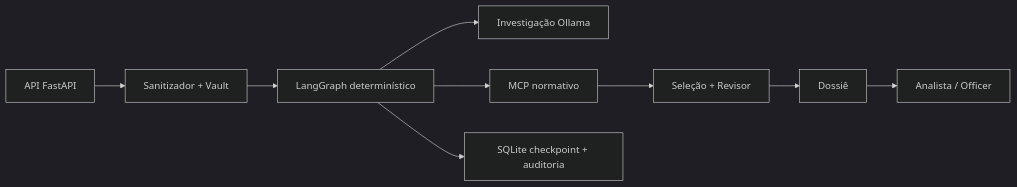
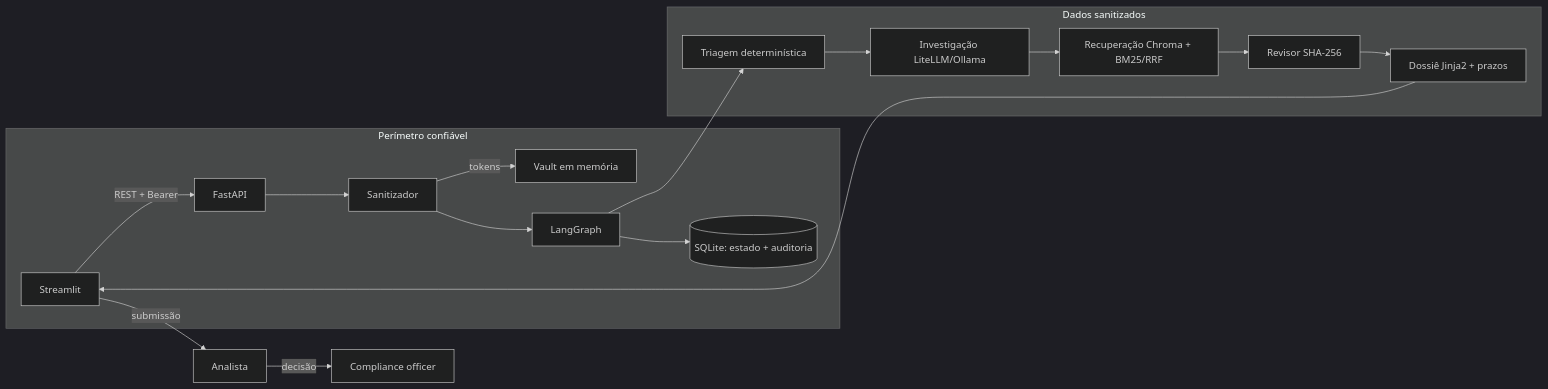
Before and after one commit to marcosjcn94-bit/agentic-AML: the diagram in docs/ARCHITECTURE.md, drawn with Mermaid (dark theme). The commit also changed other lines of this file and 7 other files, not shown here.

````diff
--- a/docs/ARCHITECTURE.md
+++ b/docs/ARCHITECTURE.md
@@ -3,11 +3,20 @@
 ```mermaid
 flowchart LR
-  A[API FastAPI] --> B[Sanitizador + Vault]
-  B --> C[LangGraph determinístico]
-  C --> D[Investigação Ollama]
-  C --> E[MCP normativo]
-  E --> F[Seleção + Revisor]
-  F --> G[Dossiê]
-  G --> H[Analista / Officer]
-  C --> I[SQLite checkpoint + auditoria]
+  subgraph Perímetro[Perímetro confiável]
+    UI[Streamlit] -->|REST + Bearer| API[FastAPI]
+    API --> S[Sanitizador]
+    S -->|tokens| V[Vault em memória]
+    S --> G[LangGraph]
+    G --> DB[(SQLite: estado + auditoria)]
+  end
+  subgraph Dados[Dados sanitizados]
+    G --> T[Triagem determinística]
+    T --> I[Investigação LiteLLM/Ollama]
+    I --> R[Recuperação Chroma + BM25/RRF]
+    R --> H[Revisor SHA-256]
+    H --> D[Dossiê Jinja2 + prazos]
+  end
+  D --> UI
+  UI -->|submissão| A[Analista]
+  A -->|decisão| O[Compliance officer]
 ```
````
